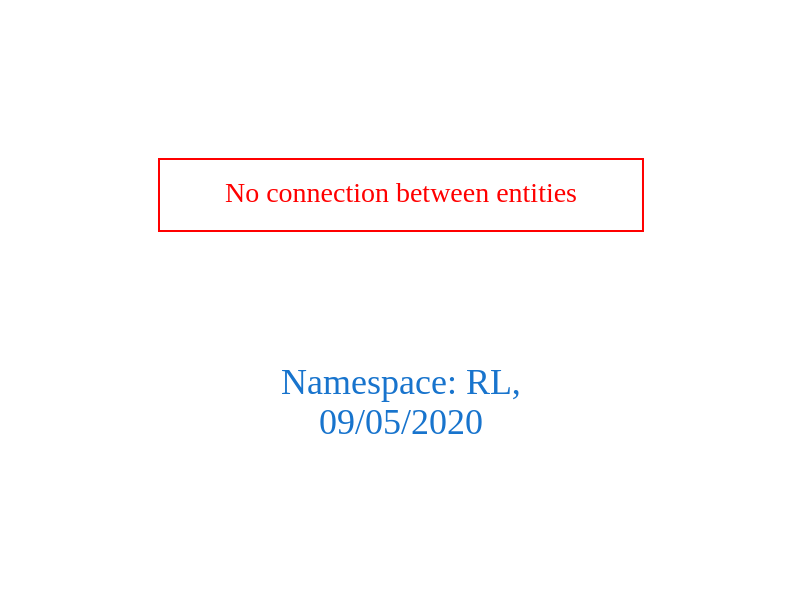
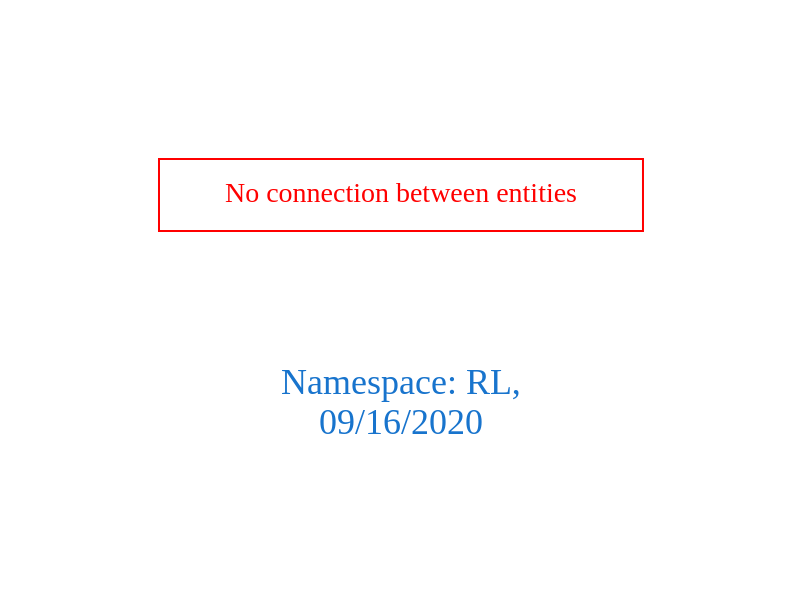
One commit to arago/OGIT changed the diagram in downloads/RL.dot. Above: the diagram before and after it, drawn with Graphviz. The commit also changed 1832 other files, not shown here.

```diff
--- a/downloads/RL.dot
+++ b/downloads/RL.dot
@@ -1,9 +1,9 @@
 digraph OGIT_ontology {
  graph [ rankdir= LR,pad=1 
 fontsize = 18,
-fontcolor= dodgerblue3,label = "\n\n\nNamespace: RL, \n 09/05/2020"];
+fontcolor= dodgerblue3,label = "\n\n\nNamespace: RL, \n 09/16/2020"];
 node[shape=polygon];
 edge [  color="gray81"];
 
 "No connection between entities" [fontcolor = "red",color="red", shape="polygon"]
 }
```
